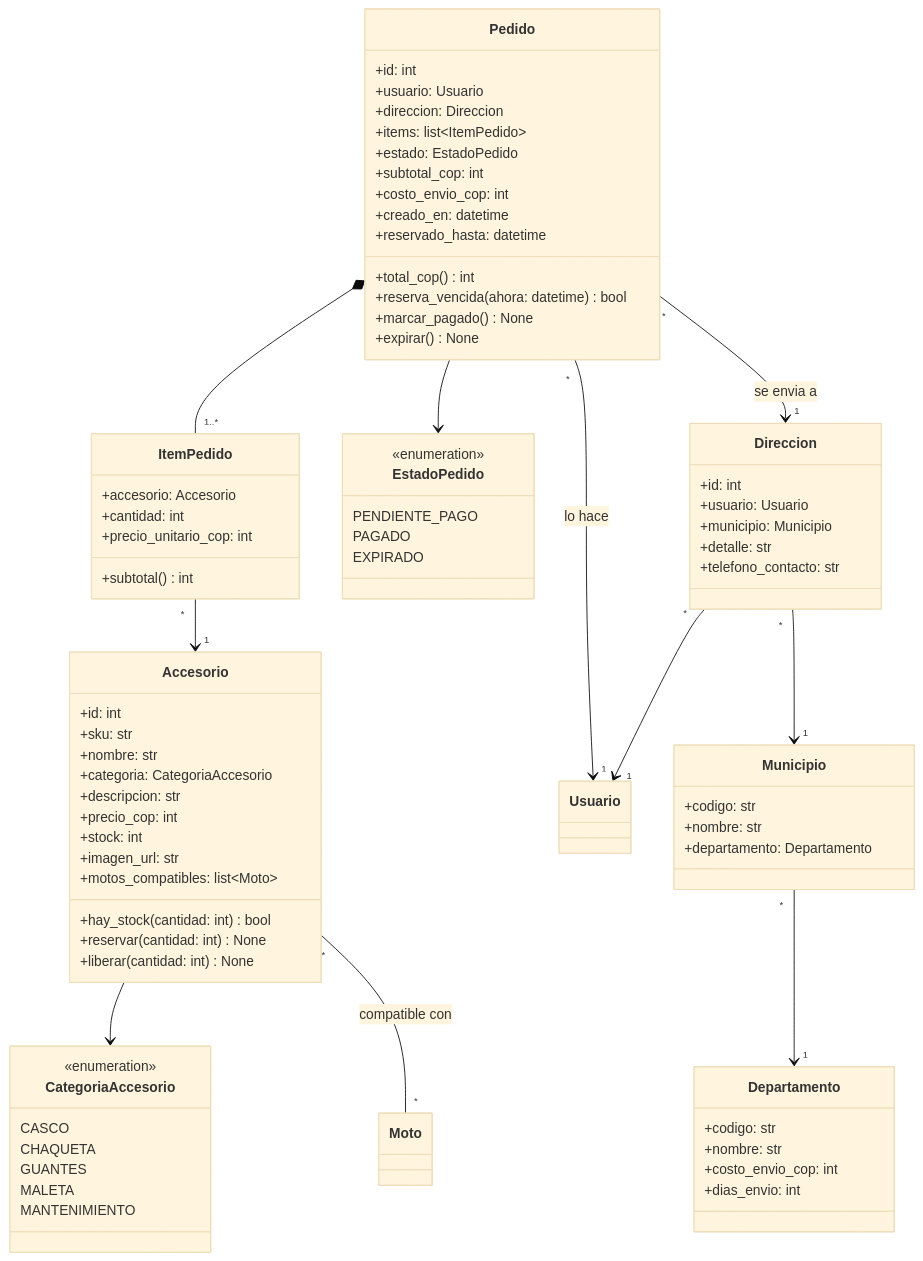
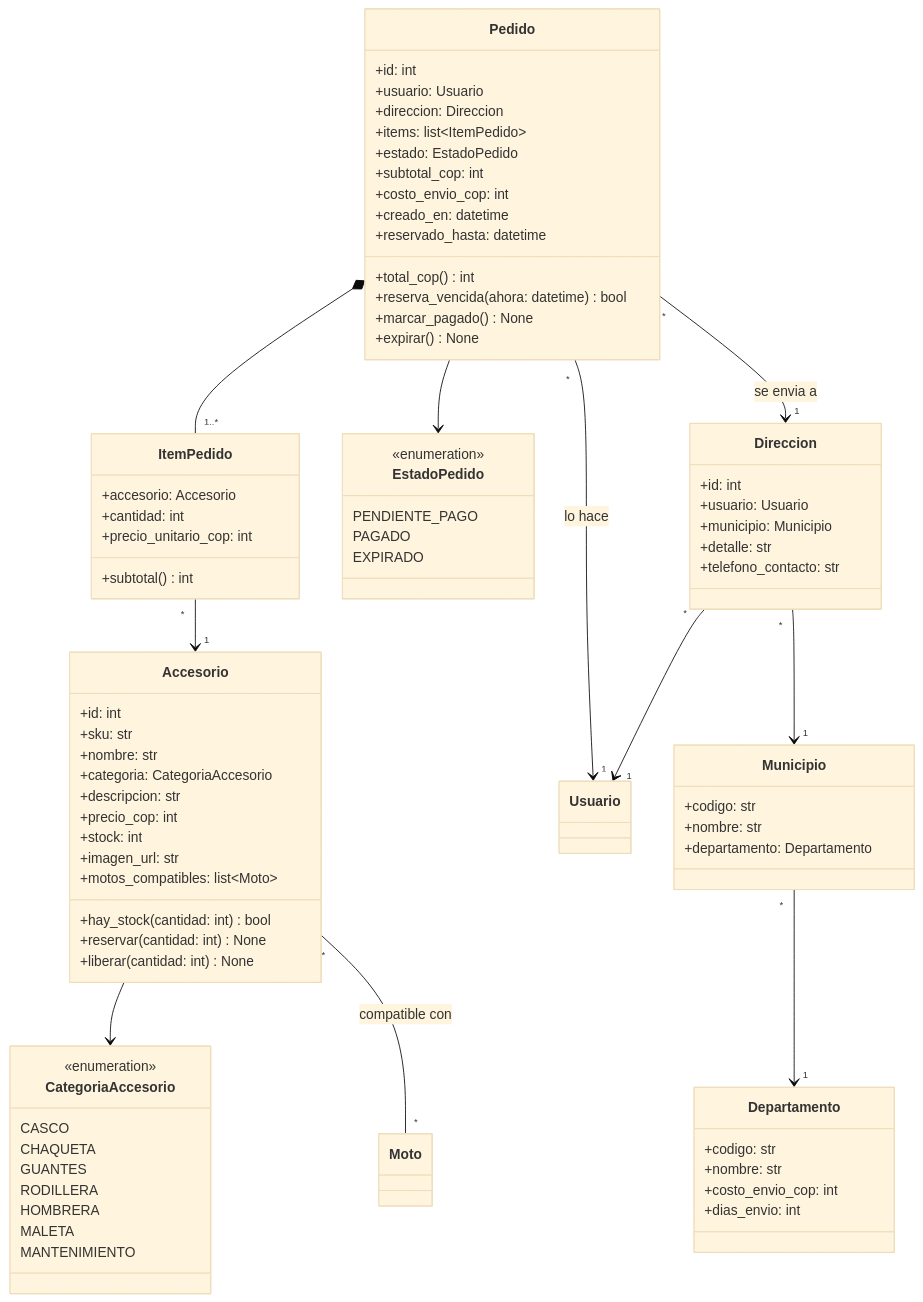
The fourth of 9 diagrams in docs/uml/diagrama-clases.md (Andresg9805/concesionario-motos), drawn with Mermaid (base theme) before and after one commit. The commit also changed 6 other files, not shown here.

```diff
--- a/docs/uml/diagrama-clases.md
+++ b/docs/uml/diagrama-clases.md
@@ -304,6 +304,8 @@
         CASCO
         CHAQUETA
         GUANTES
+        RODILLERA
+        HOMBRERA
         MALETA
         MANTENIMIENTO
     }
```
